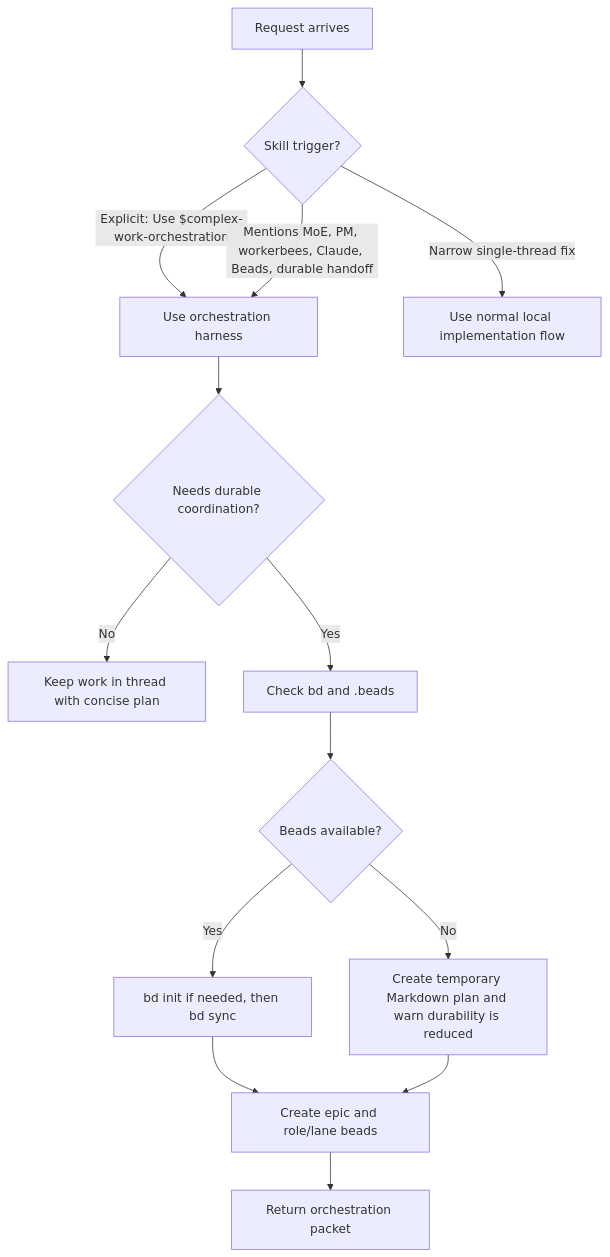
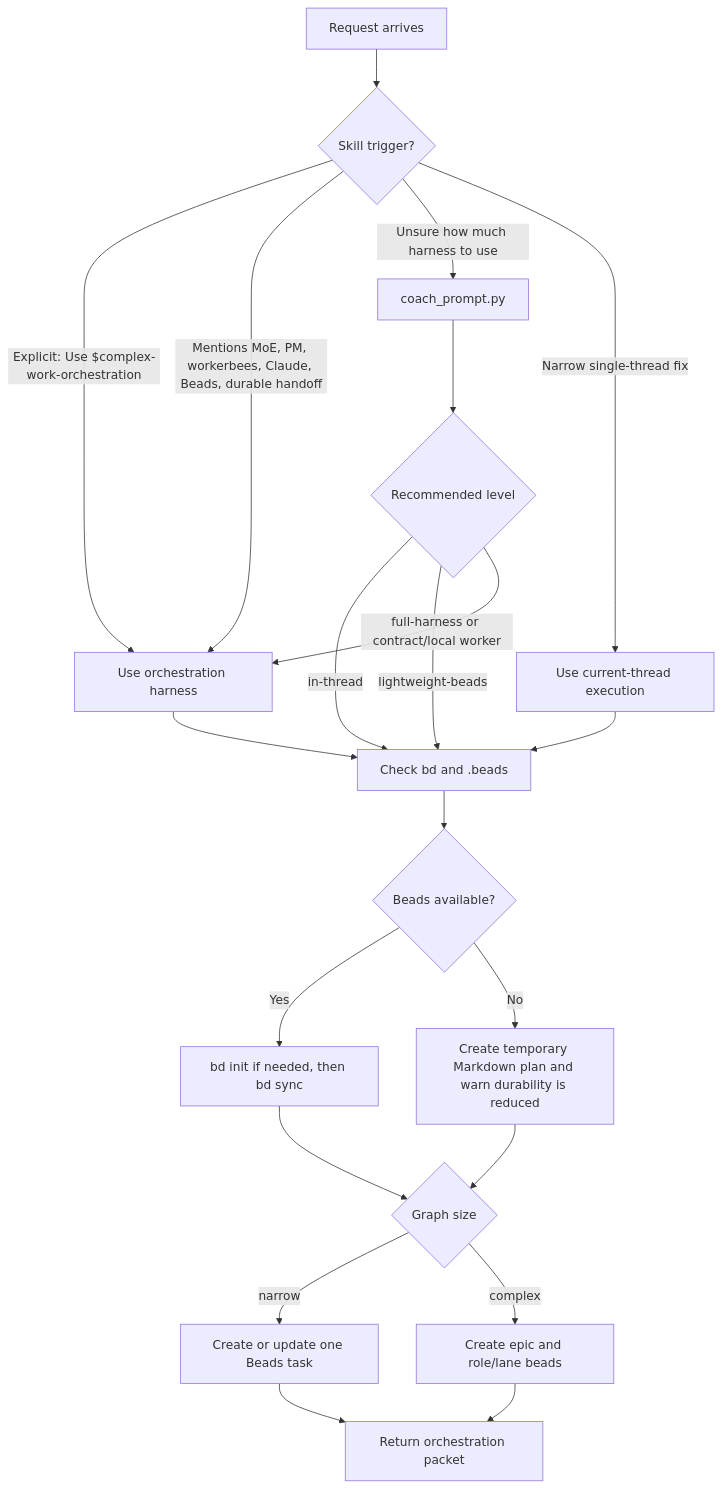
The third of 6 diagrams in README.md (gprocunier/complex-work-orchestration), drawn with Mermaid before and after one commit. The commit also changed other lines of this file and 12 other files, not shown here.

Commit message:
Add prompt coach for orchestration sizing

````diff
--- a/README.md
+++ b/README.md
@@ -205,19 +226,26 @@
 ```mermaid
 flowchart TD
     Start[Request arrives] --> Trigger{Skill trigger?}
     Trigger -->|Explicit: Use $complex-work-orchestration| Harness[Use orchestration harness]
     Trigger -->|Mentions MoE, PM, workerbees, Claude, Beads, durable handoff| Harness
-    Trigger -->|Narrow single-thread fix| Local[Use normal local implementation flow]
+    Trigger -->|Unsure how much harness to use| Coach[coach_prompt.py]
+    Trigger -->|Narrow single-thread fix| Local[Use current-thread execution]
 
-    Harness --> Scope{Needs durable coordination?}
-    Scope -->|No| Thread[Keep work in thread with concise plan]
-    Scope -->|Yes| BeadsCheck[Check bd and .beads]
+    Coach --> Sizing{Recommended level}
+    Sizing -->|in-thread| BeadsCheck
+    Sizing -->|lightweight-beads| BeadsCheck
+    Sizing -->|full-harness or contract/local worker| Harness
+    Local --> BeadsCheck[Check bd and .beads]
+    Harness --> BeadsCheck
 
     BeadsCheck --> HasBeads{Beads available?}
     HasBeads -->|Yes| InitSync[bd init if needed, then bd sync]
     HasBeads -->|No| Markdown[Create temporary Markdown plan and warn durability is reduced]
 
-    InitSync --> Scaffold[Create epic and role/lane beads]
-    Markdown --> Scaffold
+    InitSync --> Size{Graph size}
+    Markdown --> Size
+    Size -->|narrow| SingleTask[Create or update one Beads task]
+    Size -->|complex| Scaffold[Create epic and role/lane beads]
+    SingleTask --> Packet[Return orchestration packet]
     Scaffold --> Packet[Return orchestration packet]
 ```
````
